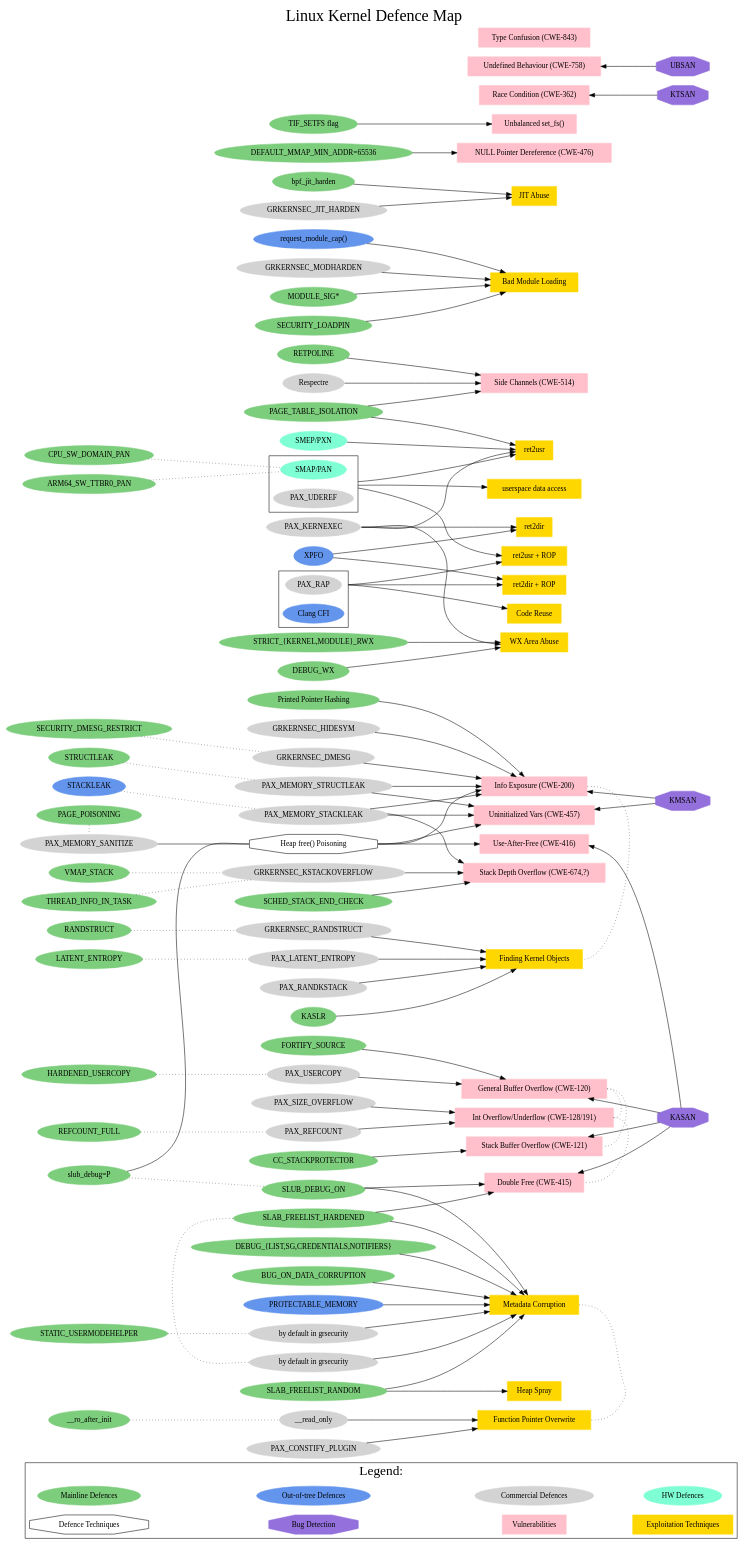
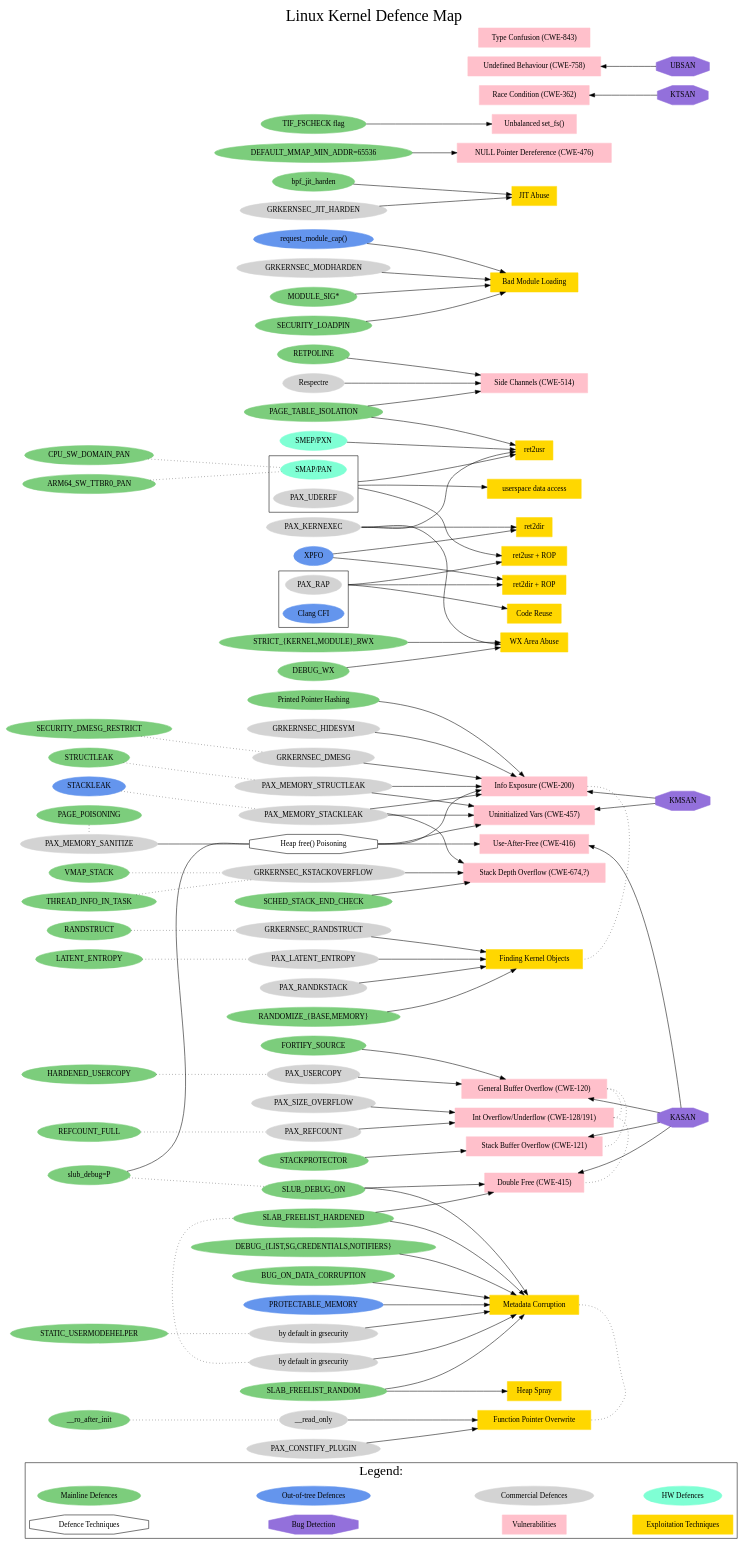
Before and after one commit to a13xp0p0v/linux-kernel-defence-map: the diagram in linux-kernel-defence-map.dot, drawn with Graphviz.

Commit message:
Rename CC_STACKPROTECTOR, KASLR and TIF_SETFS to right names

```diff
--- a/linux-kernel-defence-map.dot
+++ b/linux-kernel-defence-map.dot
@@ -69,7 +69,7 @@
 
     // Mainline Defences
     node [shape=oval, color=palegreen3, style=filled];
-    "CC_STACKPROTECTOR";
+    "STACKPROTECTOR";
     "FORTIFY_SOURCE";
     "DEBUG_{LIST,SG,CREDENTIALS,NOTIFIERS}";
     "SLUB_DEBUG_ON";
@@ -77,7 +77,7 @@
     "PAGE_TABLE_ISOLATION";
     "SLAB_FREELIST_RANDOM";
     "Printed Pointer Hashing";
-    "KASLR"; // RANDOMIZE_BASE, RANDOMIZE_MEMORY
+    "RANDOMIZE_{BASE,MEMORY}";
     "STRICT_{KERNEL,MODULE}_RWX";
     "DEBUG_WX";
     "BUG_ON_DATA_CORRUPTION";
@@ -87,7 +87,7 @@
     "bpf_jit_harden";
     "DEFAULT_MMAP_MIN_ADDR=65536";
     "SCHED_STACK_END_CHECK";
-    "TIF_SETFS flag";
+    "TIF_FSCHECK flag";
 
     // Out-of-tree Defences
     node [shape=oval, color=cornflowerblue];
@@ -264,7 +264,7 @@
   "PAX_USERCOPY" -> "General Buffer Overflow (CWE-120)";
   "FORTIFY_SOURCE" -> "General Buffer Overflow (CWE-120)";
 
-  "CC_STACKPROTECTOR" -> "Stack Buffer Overflow (CWE-121)";
+  "STACKPROTECTOR" -> "Stack Buffer Overflow (CWE-121)";
 
   "PAX_REFCOUNT" -> "Int Overflow/Underflow (CWE-128/191)";
   "PAX_SIZE_OVERFLOW" -> "Int Overflow/Underflow (CWE-128/191)";
@@ -291,7 +291,7 @@
   "RETPOLINE" -> "Side Channels (CWE-514)";
   "Respectre" -> "Side Channels (CWE-514)";
 
-  "TIF_SETFS flag" -> "Unbalanced set_fs()";
+  "TIF_FSCHECK flag" -> "Unbalanced set_fs()";
 
   "DEBUG_{LIST,SG,CREDENTIALS,NOTIFIERS}" -> "Metadata Corruption";
   "BUG_ON_DATA_CORRUPTION" -> "Metadata Corruption";
@@ -325,7 +325,7 @@
   "XPFO" -> "ret2dir + ROP";
   "PAX_RAP":e -> "ret2dir + ROP" [ltail=cluster_cfi];
 
-  "KASLR" -> "Finding Kernel Objects";
+  "RANDOMIZE_{BASE,MEMORY}" -> "Finding Kernel Objects";
   "GRKERNSEC_RANDSTRUCT" -> "Finding Kernel Objects";
   "PAX_RANDKSTACK" -> "Finding Kernel Objects";
   "PAX_LATENT_ENTROPY" -> "Finding Kernel Objects";
```
